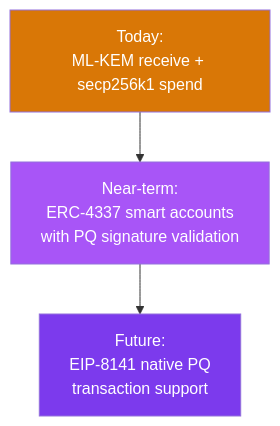
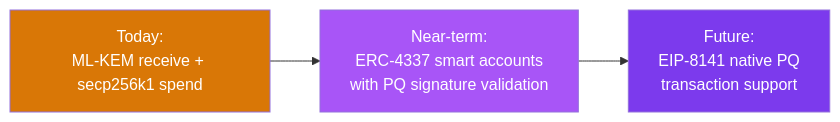
The diagram in docs/how-it-works/security-boundaries.mdx (specter-privacy/docs), drawn with Mermaid before and after one commit. The commit also changed other lines of this file and 7 other files, not shown here.

````diff
--- a/docs/how-it-works/security-boundaries.mdx
+++ b/docs/how-it-works/security-boundaries.mdx
@@ -109,9 +99,9 @@
 ```mermaid
-flowchart TD
+flowchart LR
     A["Today:\nML-KEM receive + secp256k1 spend"] --> B["Near-term:\nERC-4337 smart accounts\nwith PQ signature validation"]
     B --> C["Future:\nEIP-8141 native PQ\ntransaction support"]
 
     style A fill:#d97706,color:#fff
     style B fill:#a855f7,color:#fff
     style C fill:#7c3aed,color:#fff
 ```
````
